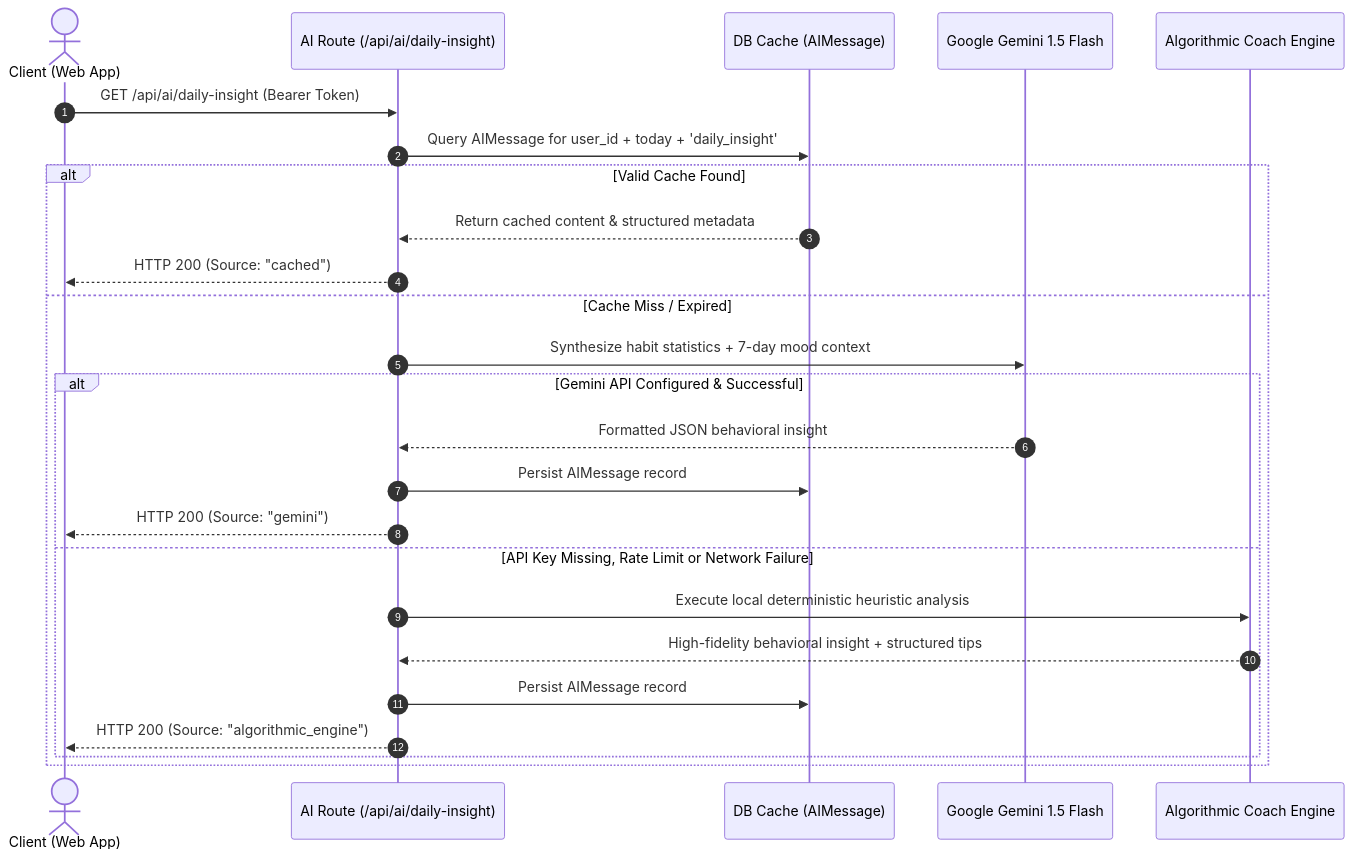
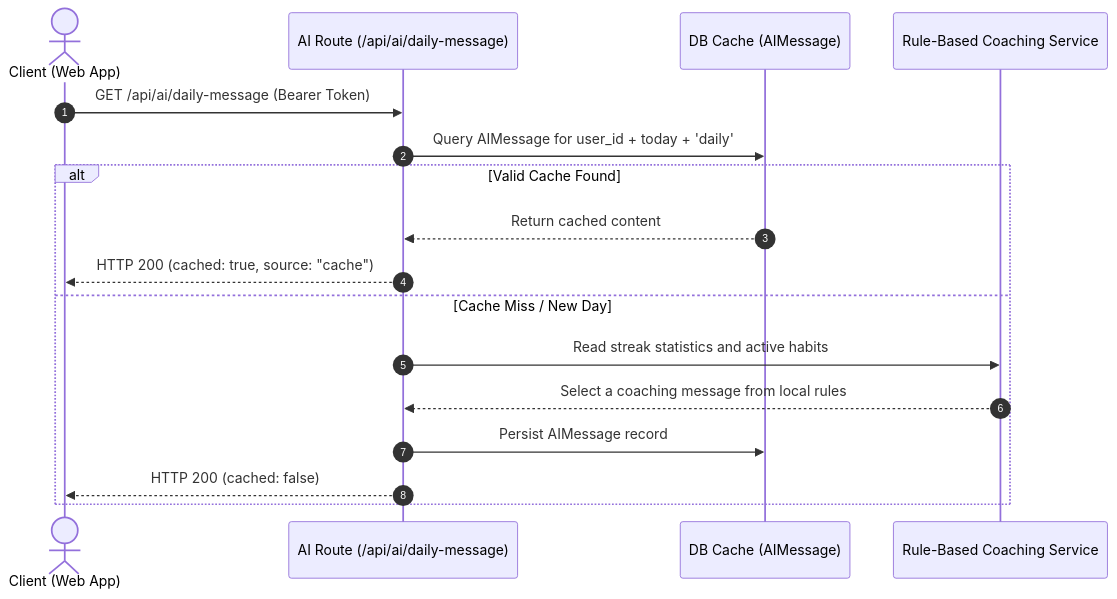
Before and after one commit to KerberoSec/Sanyam_Hackathon_2nd_Rank: the sixth of 10 diagrams in README.md, drawn with Mermaid. The commit also changed other lines of this file and 33 other files, not shown here.

````diff
--- a/README.md
+++ b/README.md
@@ -340,29 +340,21 @@
 ```mermaid
 sequenceDiagram
     autonumber
     actor User as Client (Web App)
-    participant Route as AI Route (/api/ai/daily-insight)
+    participant Route as AI Route (/api/ai/daily-message)
     participant Cache as DB Cache (AIMessage)
-    participant Gemini as Google Gemini 1.5 Flash
-    participant Fallback as Algorithmic Coach Engine
+    participant Engine as Rule-Based Coaching Service
 
-    User->>Route: GET /api/ai/daily-insight (Bearer Token)
-    Route->>Cache: Query AIMessage for user_id + today + 'daily_insight'
+    User->>Route: GET /api/ai/daily-message (Bearer Token)
+    Route->>Cache: Query AIMessage for user_id + today + 'daily'
     
     alt Valid Cache Found
-        Cache-->>Route: Return cached content & structured metadata
-        Route-->>User: HTTP 200 (Source: "cached")
-    else Cache Miss / Expired
-        Route->>Gemini: Synthesize habit statistics + 7-day mood context
-        alt Gemini API Configured & Successful
-            Gemini-->>Route: Formatted JSON behavioral insight
-            Route->>Cache: Persist AIMessage record
-            Route-->>User: HTTP 200 (Source: "gemini")
-        else API Key Missing, Rate Limit or Network Failure
-            Route->>Fallback: Execute local deterministic heuristic analysis
-            Fallback-->>Route: High-fidelity behavioral insight + structured tips
-            Route->>Cache: Persist AIMessage record
-            Route-->>User: HTTP 200 (Source: "algorithmic_engine")
-        end
+        Cache-->>Route: Return cached content
+        Route-->>User: HTTP 200 (cached: true, source: "cache")
+    else Cache Miss / New Day
+        Route->>Engine: Read streak statistics and active habits
+        Engine-->>Route: Select a coaching message from local rules
+        Route->>Cache: Persist AIMessage record
+        Route-->>User: HTTP 200 (cached: false)
     end
 ```
````
